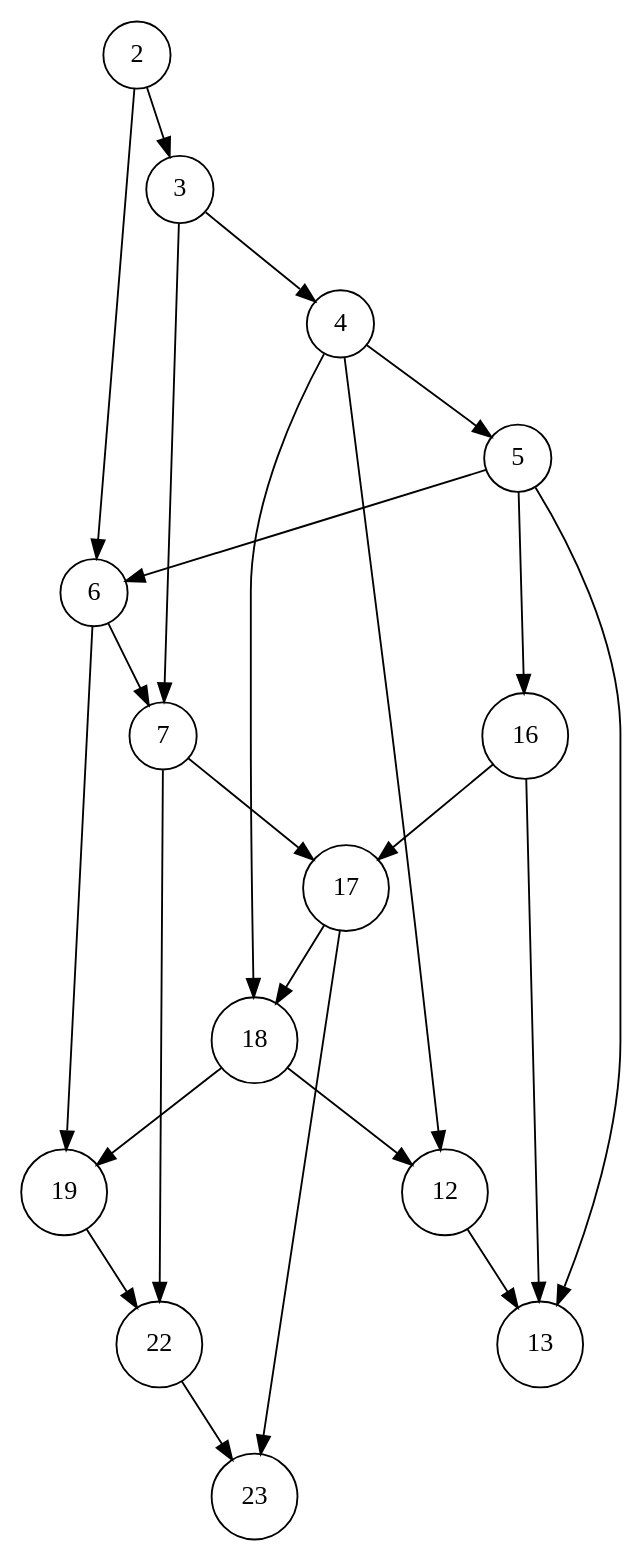
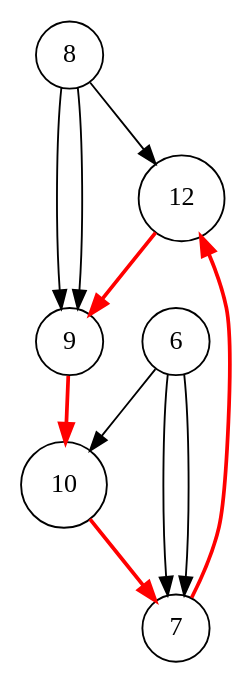
Before and after one commit to gintskk/execution-log-parser: the diagram in execution_9.dot, drawn with Graphviz. The commit also changed 19 other files, not shown here.

```diff
--- a/execution_9.dot
+++ b/execution_9.dot
@@ -1,26 +1,14 @@
 digraph execution {
   node [shape=circle];
-  19 -> 22;
-  22 -> 23;
-  4 -> 5;
-  4 -> 18;
-  4 -> 12;
-  3 -> 4;
-  3 -> 7;
-  7 -> 22;
-  7 -> 17;
-  18 -> 19;
-  18 -> 12;
-  2 -> 3;
-  2 -> 6;
-  12 -> 13;
+  12 -> 9 [color=red, penwidth=2.0];
+  10 -> 7 [color=red, penwidth=2.0];
+  7 -> 12 [color=red, penwidth=2.0];
   6 -> 7;
-  6 -> 19;
-  17 -> 18;
-  17 -> 23;
-  5 -> 6;
-  5 -> 16;
-  5 -> 13;
-  16 -> 17;
-  16 -> 13;
+  6 -> 10;
+  6 -> 7;
+  9 -> 10 [color=red, penwidth=2.0];
+  8 -> 9;
+  8 -> 12;
+  8 -> 9;
+  {node [style=filled, fillcolor=lightpink] 12 9 10 7 12 }
 }
```
